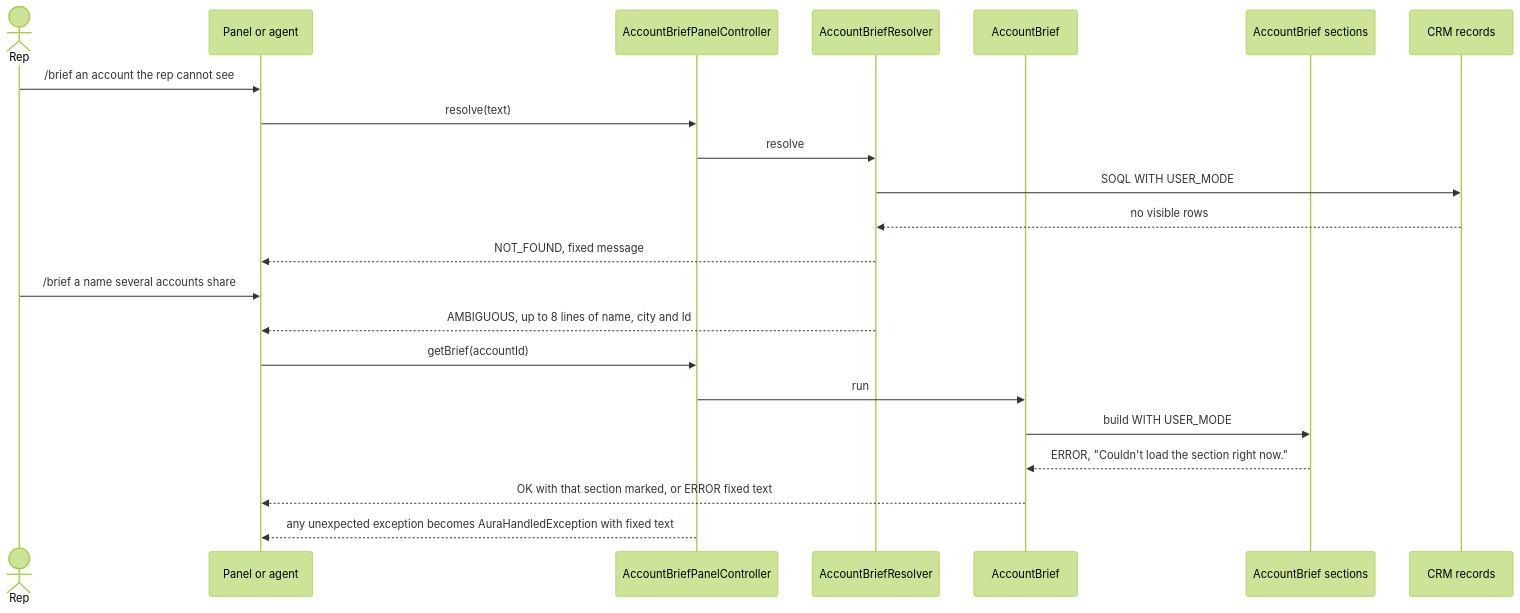
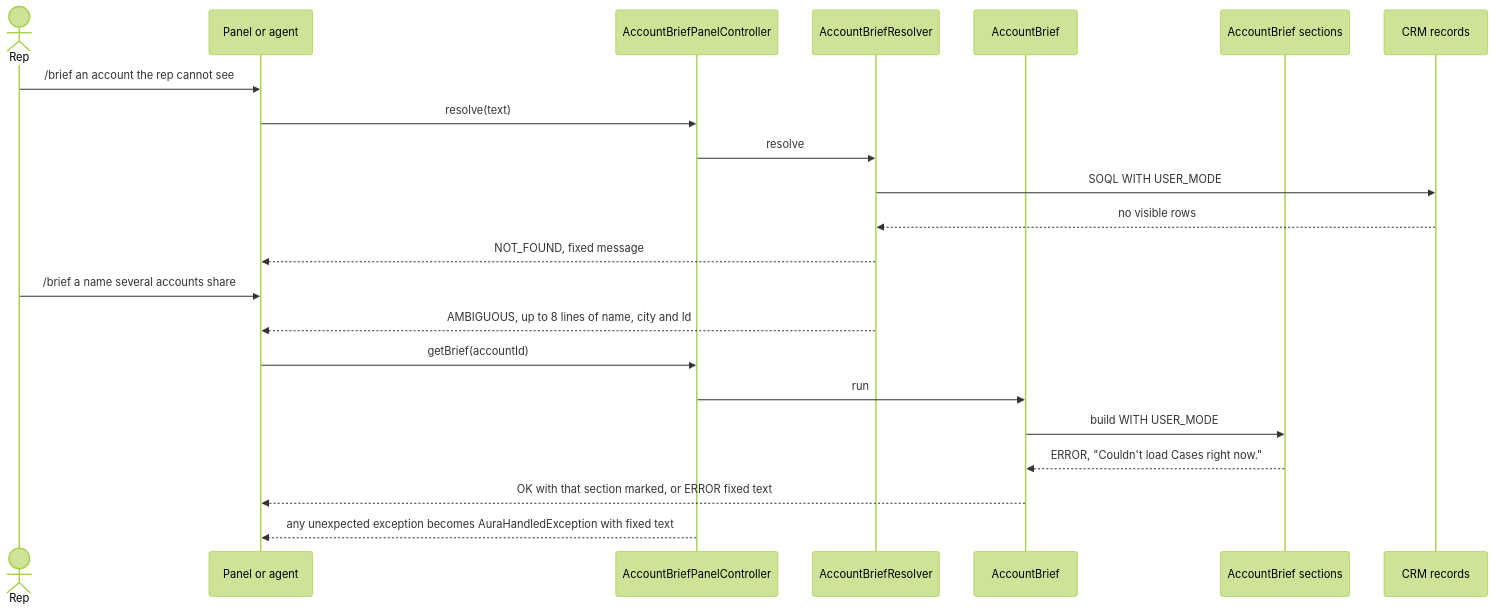
Before and after one commit to nelsben/generic-agent: the diagram in docs/patterns/07-trust-access-and-failure.md, drawn with Mermaid (forest theme).

Commit message:
OPS-19: page 07 diagram quotes the real section error form

````diff
--- a/docs/patterns/07-trust-access-and-failure.md
+++ b/docs/patterns/07-trust-access-and-failure.md
@@ -19,24 +19,24 @@
 ```mermaid
 sequenceDiagram
     actor U as Rep
     participant P as Panel or agent
     participant C as AccountBriefPanelController
     participant R as AccountBriefResolver
     participant B as AccountBrief
     participant S as AccountBrief sections
     participant DB as CRM records
     U->>P: /brief an account the rep cannot see
     P->>C: resolve(text)
     C->>R: resolve
     R->>DB: SOQL WITH USER_MODE
     DB-->>R: no visible rows
     R-->>P: NOT_FOUND, fixed message
     U->>P: /brief a name several accounts share
     R-->>P: AMBIGUOUS, up to 8 lines of name, city and Id
     P->>C: getBrief(accountId)
     C->>B: run
     B->>S: build WITH USER_MODE
-    S-->>B: ERROR, "Couldn't load the section right now."
+    S-->>B: ERROR, "Couldn't load Cases right now."
     B-->>P: OK with that section marked, or ERROR fixed text
     C-->>P: any unexpected exception becomes AuraHandledException with fixed text
 ```
````
